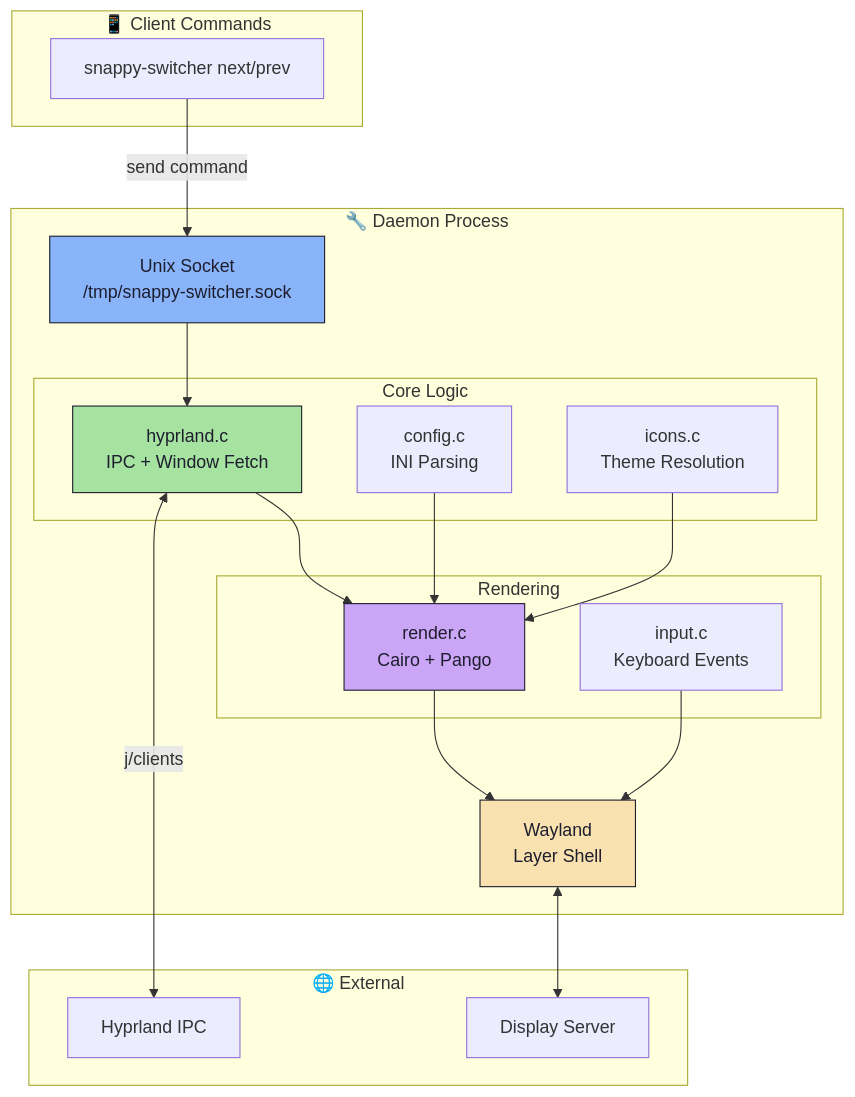
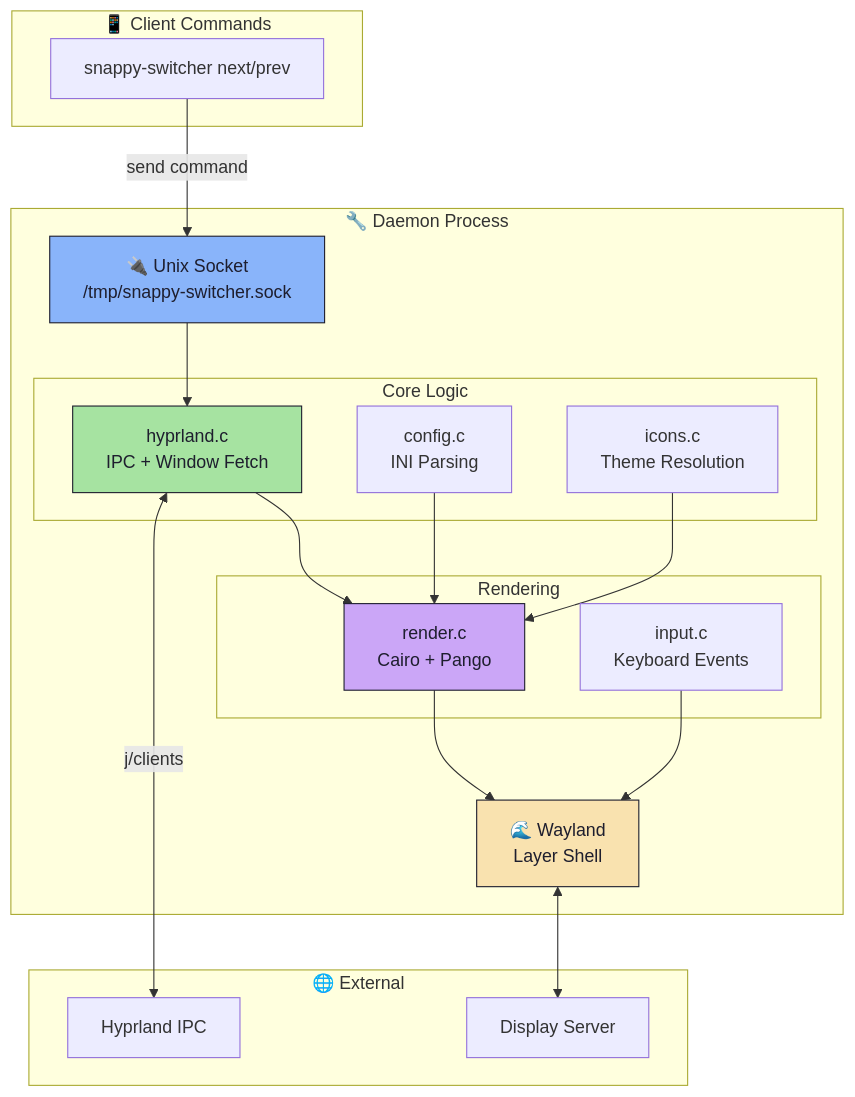
Before and after one commit to DreamMaoMao/wswitch: the third of 3 diagrams in README.md, drawn with Mermaid. The commit also changed other lines of this file, not shown here.

Commit message:
docs: polish README with gallery and diagrams

````diff
--- a/README.md
+++ b/README.md
@@ -273,43 +299,43 @@
 ```mermaid
 flowchart TB
     subgraph Client["📱 Client Commands"]
         CMD["snappy-switcher next/prev"]
     end
 
     subgraph Daemon["🔧 Daemon Process"]
-        SOCK["Unix Socket\n/tmp/snappy-switcher.sock"]
+        SOCK["🔌 Unix Socket<br/>/tmp/snappy-switcher.sock"]
         
         subgraph Core["Core Logic"]
-            HYP["hyprland.c\nIPC + Window Fetch"]
-            CFG["config.c\nINI Parsing"]
-            ICO["icons.c\nTheme Resolution"]
+            HYP["hyprland.c<br/>IPC + Window Fetch"]
+            CFG["config.c<br/>INI Parsing"]
+            ICO["icons.c<br/>Theme Resolution"]
         end
         
         subgraph Render["Rendering"]
-            RND["render.c\nCairo + Pango"]
-            INP["input.c\nKeyboard Events"]
+            RND["render.c<br/>Cairo + Pango"]
+            INP["input.c<br/>Keyboard Events"]
         end
         
-        WL["Wayland\nLayer Shell"]
+        WL["🌊 Wayland<br/>Layer Shell"]
     end
 
     subgraph External["🌐 External"]
         HYP_IPC["Hyprland IPC"]
         DISP["Display Server"]
     end
 
     CMD -->|"send command"| SOCK
     SOCK --> HYP
     HYP <-->|"j/clients"| HYP_IPC
     CFG --> RND
     ICO --> RND
     HYP --> RND
     RND --> WL
     INP --> WL
     WL <--> DISP
 
     style SOCK fill:#89b4fa,stroke:#1e1e2e,color:#1e1e2e
     style HYP fill:#a6e3a1,stroke:#1e1e2e,color:#1e1e2e
     style RND fill:#cba6f7,stroke:#1e1e2e,color:#1e1e2e
     style WL fill:#f9e2af,stroke:#1e1e2e,color:#1e1e2e
 ```
````
